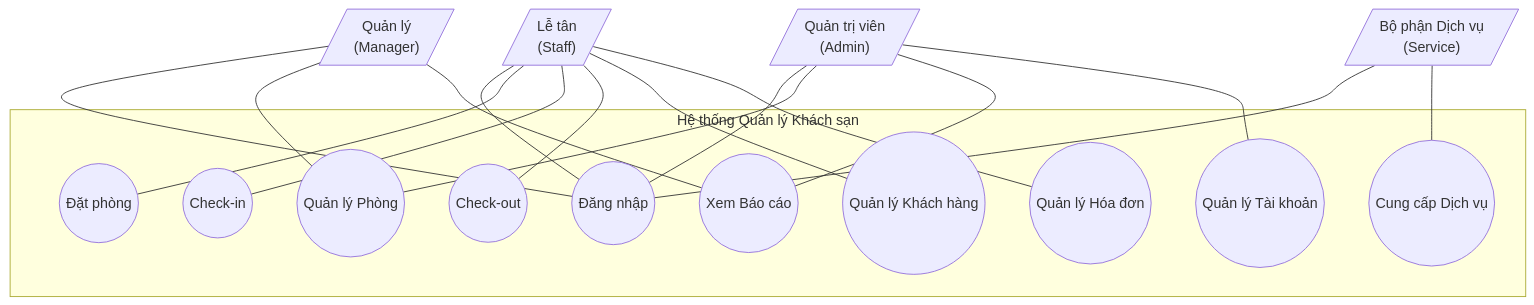
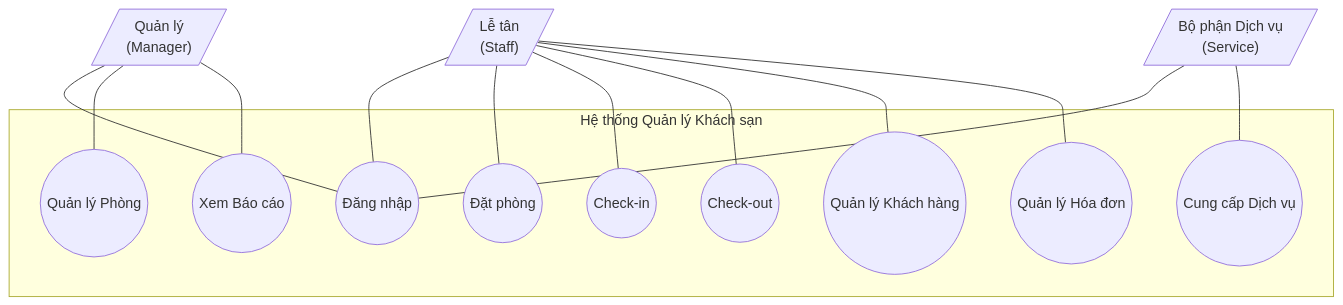
The first of 11 diagrams in docs/BaoCao_HotelManagement.md (IvanLyVodka11/hotel-management), drawn with Mermaid before and after one commit. The commit also changed other lines of this file and 1 other file, not shown here.

Commit message:
fix(diagrams): Bỏ Actor Admin - chỉ còn 3 Actor nghiệp vụ Manager, Staff, Service

````diff
--- a/docs/BaoCao_HotelManagement.md
+++ b/docs/BaoCao_HotelManagement.md
@@ -117,46 +110,38 @@
 ```mermaid
 flowchart TB
     subgraph System["Hệ thống Quản lý Khách sạn"]
         UC1((Đăng nhập))
         UC2((Quản lý Phòng))
         UC3((Đặt phòng))
         UC4((Check-in))
         UC5((Check-out))
         UC6((Quản lý Khách hàng))
         UC7((Quản lý Hóa đơn))
         UC8((Xem Báo cáo))
         UC9((Cung cấp Dịch vụ))
-        UC10((Quản lý Tài khoản))
     end
     
-    %% 4 Actor độc lập (theo PermissionManager.Role)
-    AD[/"Quản trị viên<br/>(Admin)"/]
+    %% 3 Actor nghiệp vụ chính (không có Admin)
     QL[/"Quản lý<br/>(Manager)"/]
     LT[/"Lễ tân<br/>(Staff)"/]
     DV[/"Bộ phận Dịch vụ<br/>(Service)"/]
     
-    %% Tất cả Actor đều nối với Đăng nhập (không có Actor cha)
-    AD --- UC1
+    %% Tất cả Actor nối trực tiếp với Đăng nhập
     QL --- UC1
     LT --- UC1
     DV --- UC1
-    
-    %% Admin - full quyền
-    AD --- UC2
-    AD --- UC8
-    AD --- UC10
     
     %% Manager - quản lý phòng và báo cáo
     QL --- UC2
     QL --- UC8
     
     %% Staff (Lễ tân) - nghiệp vụ đặt phòng
     LT --- UC3
     LT --- UC4
     LT --- UC5
     LT --- UC6
     LT --- UC7
     
     %% Service - dịch vụ
     DV --- UC9
 ```
````
